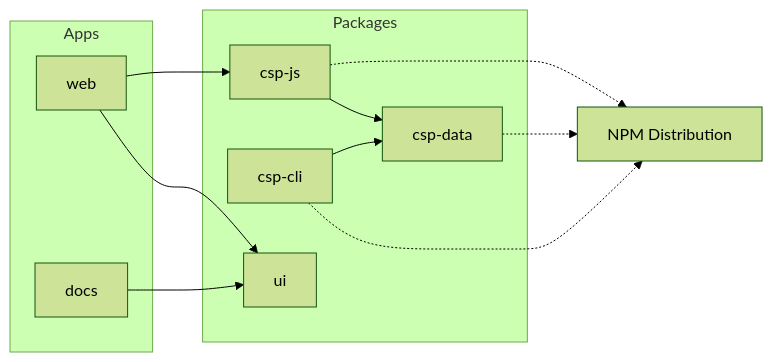
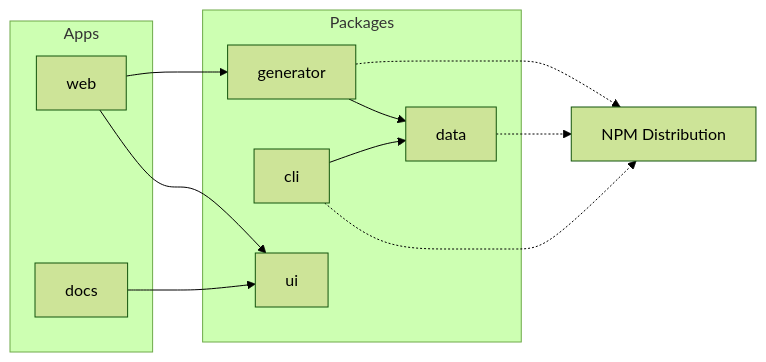
The second of 4 diagrams in docs/ARCHITECTURE.md (eason-dev/csp-js), drawn with Mermaid (forest theme) before and after one commit. The commit also changed other lines of this file and 7 other files, not shown here.

````diff
--- a/docs/ARCHITECTURE.md
+++ b/docs/ARCHITECTURE.md
@@ -106,24 +106,24 @@
 ```mermaid
 graph LR
     subgraph "Packages"
-        CSP[csp-js]
-        DATA[csp-data]
-        CLI[csp-cli]
+        CSP[generator]
+        DATA[data]
+        CLI[cli]
         UI[ui]
     end
 
     subgraph "Apps"
         WEB[web]
         DOCS[docs]
     end
 
     CSP --> DATA
     CLI --> DATA
     WEB --> CSP
     WEB --> UI
     DOCS --> UI
 
     CSP -.-> NPM[NPM Distribution]
     DATA -.-> NPM
     CLI -.-> NPM
 ```
````
